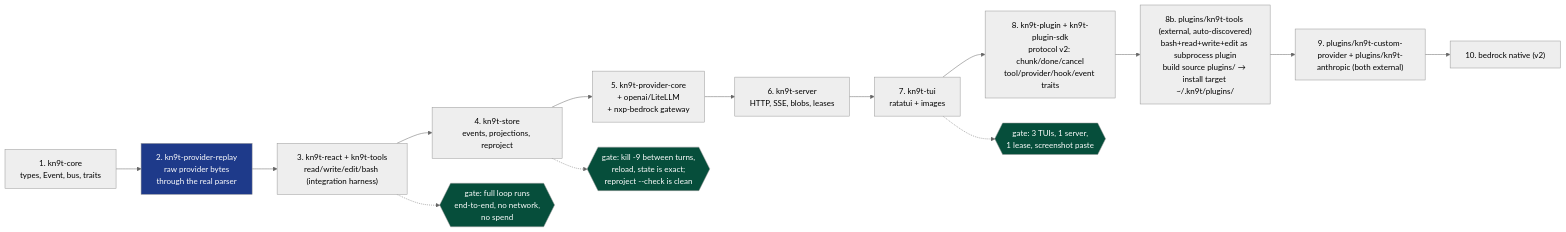
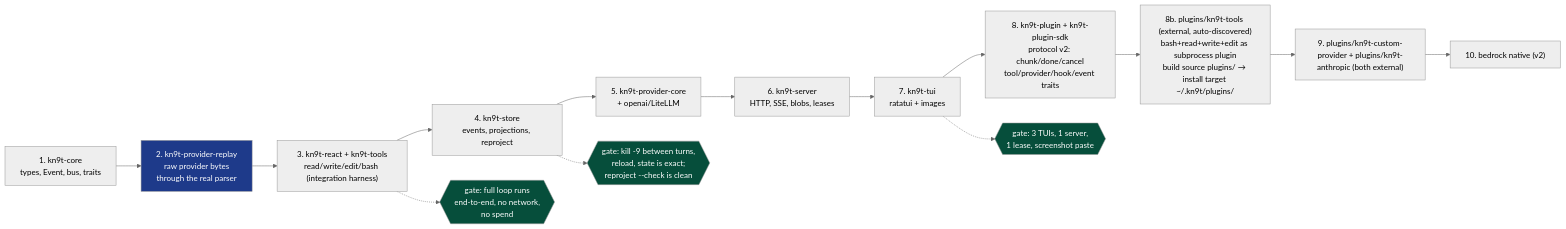
One commit to 96Ems/kn9t changed diagram 12 of 12 in DESIGN.md. Above: the diagram before and after it, drawn with Mermaid (neutral theme). The commit also changed other lines of this file and 9 other files, not shown here.

````diff
--- a/DESIGN.md
+++ b/DESIGN.md
@@ -2137,29 +2004,29 @@
 ```mermaid
 flowchart LR
     S1["1. kn9t-core<br/>types, Event, bus, traits"]
     S2["2. kn9t-provider-replay<br/>raw provider bytes<br/>through the real parser"]
     S3["3. kn9t-react + kn9t-tools<br/>read/write/edit/bash (integration harness)"]
     S4["4. kn9t-store<br/>events, projections, reproject"]
-    S5["5. kn9t-provider-core<br/>+ openai/LiteLLM<br/>+ nxp-bedrock gateway"]
+    S5["5. kn9t-provider-core<br/>+ openai/LiteLLM"]
     S6["6. kn9t-server<br/>HTTP, SSE, blobs, leases"]
     S7["7. kn9t-tui<br/>ratatui + images"]
     S8["8. kn9t-plugin + kn9t-plugin-sdk<br/>protocol v2: chunk/done/cancel<br/>tool/provider/hook/event traits"]
     S8b["8b. plugins/kn9t-tools (external, auto-discovered)<br/>bash+read+write+edit as subprocess plugin<br/>build source plugins/ → install target ~/.kn9t/plugins/"]
     S9["9. plugins/kn9t-custom-provider + plugins/kn9t-anthropic (both external)"]
     S10["10. bedrock native (v2)"]
 
     S1 --> S2 --> S3 --> S4 --> S5 --> S6 --> S7 --> S8 --> S8b --> S9 --> S10
 
     G1{{"gate: full loop runs<br/>end-to-end, no network,<br/>no spend"}}
     G2{{"gate: kill -9 between turns,<br/>reload, state is exact;<br/>reproject --check is clean"}}
     G3{{"gate: 3 TUIs, 1 server,<br/>1 lease, screenshot paste"}}
 
     S3 -.-> G1
     S4 -.-> G2
     S7 -.-> G3
 
     style S2 fill:#1e3a8a,color:#fff
     style G1 fill:#064e3b,color:#fff
     style G2 fill:#064e3b,color:#fff
     style G3 fill:#064e3b,color:#fff
 ```
````
